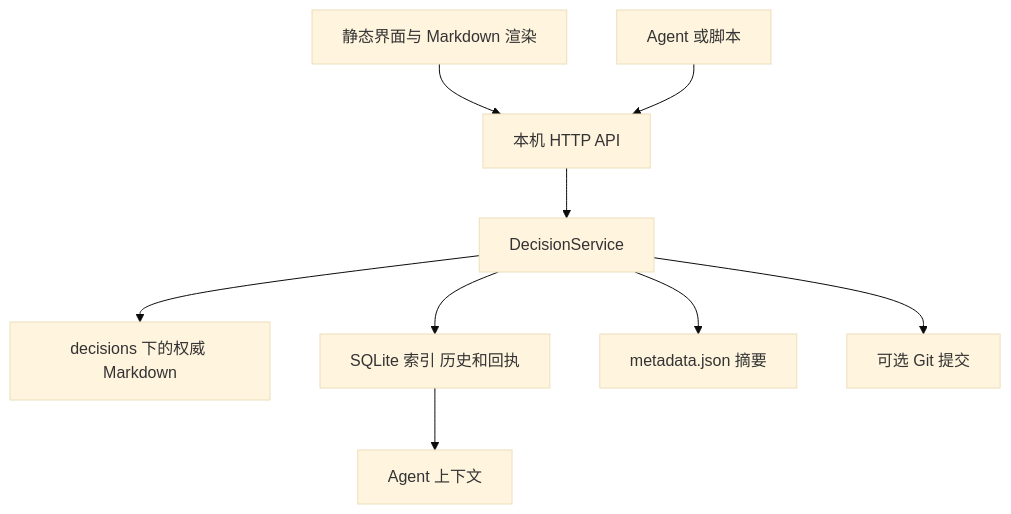
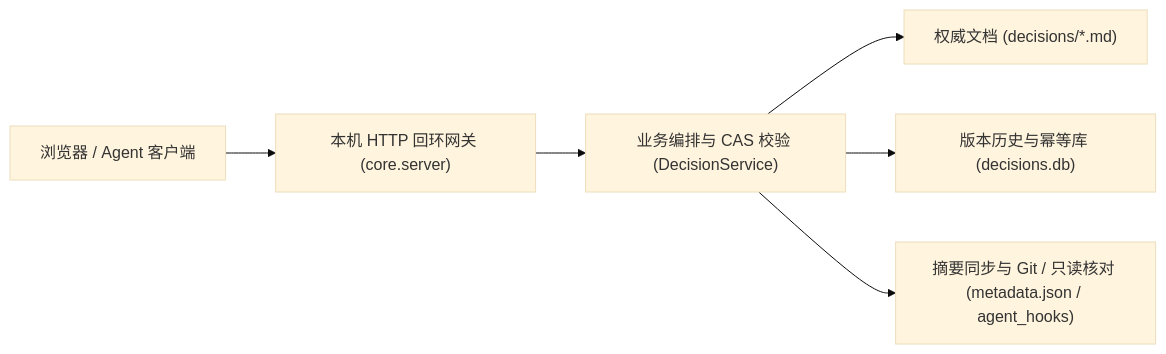
The diagram in README.md (CyberNova2333/agent-decisions-dashboard), drawn with Mermaid (base theme) before and after one commit. The commit also changed other lines of this file and 27 other files, not shown here.

````diff
--- a/README.md
+++ b/README.md
@@ -185,11 +19,8 @@
 ```mermaid
-flowchart TD
-  UI[静态界面与 Markdown 渲染] --> HTTP[本机 HTTP API]
-  Agent[Agent 或脚本] --> HTTP
-  HTTP --> Service[DecisionService]
-  Service --> MD[decisions 下的权威 Markdown]
-  Service --> DB[SQLite 索引 历史和回执]
-  Service --> Export[metadata.json 摘要]
-  Service --> Git[可选 Git 提交]
-  DB --> Context[Agent 上下文]
+flowchart LR
+  Client["浏览器 / Agent 客户端"] --> Gateway["本机 HTTP 回环网关 (core.server)"]
+  Gateway --> Service["业务编排与 CAS 校验 (DecisionService)"]
+  Service --> Markdown["权威文档 (decisions/*.md)"]
+  Service --> SQLite["版本历史与幂等库 (decisions.db)"]
+  Service --> Followup["摘要同步与 Git / 只读核对 (metadata.json / agent_hooks)"]
 ```
````
